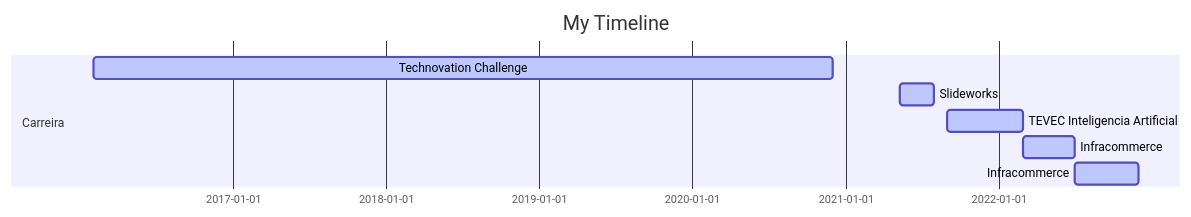
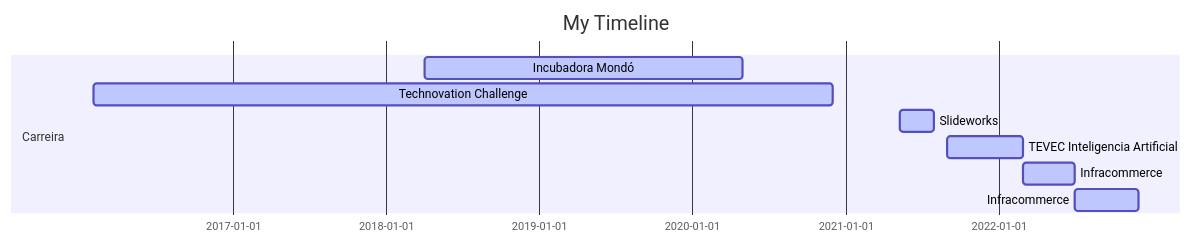
The diagram in README.md (MariiMartins/mariimartins), drawn with Mermaid before and after one commit. The commit also changed other lines of this file, not shown here.

````diff
--- a/README.md
+++ b/README.md
@@ -62,13 +62,14 @@
 ``` mermaid
 
 gantt
 dateFormat  YYYY-MM-DD
 title My Timeline
 
 section Carreira
+Incubadora Mondó        :active,, 2018-04-02,2020-04-30
 Technovation Challenge        :active,, 2016-02-02,2020-11-30
 Slideworks        :active,, 2021-05-10,2021-07-31
 TEVEC Inteligencia Artificial       :active,, 2021-09-01,2022-02-28
 Infracommerce           :active,, 2022-03-01,2022-07-01
 Infracommerce          :active,, 2022-07-01,2022-12-01
 ```
````
